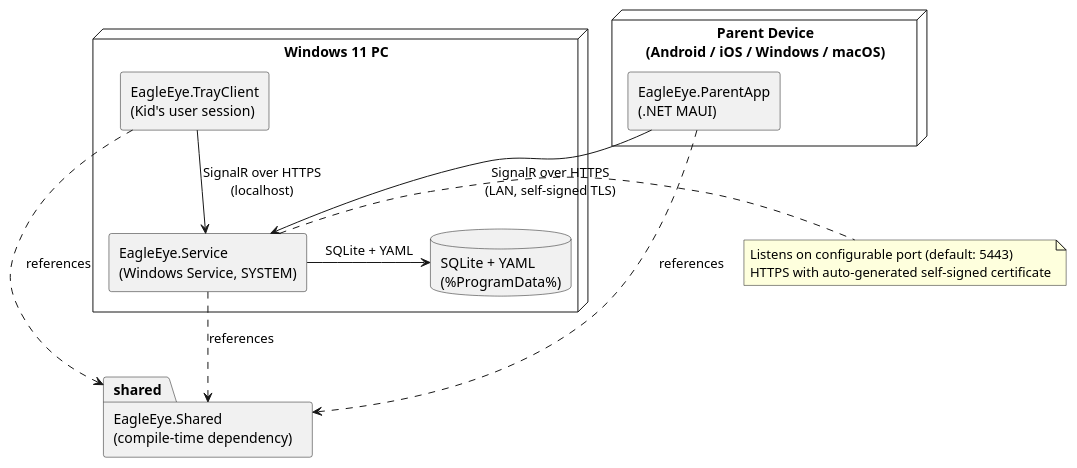
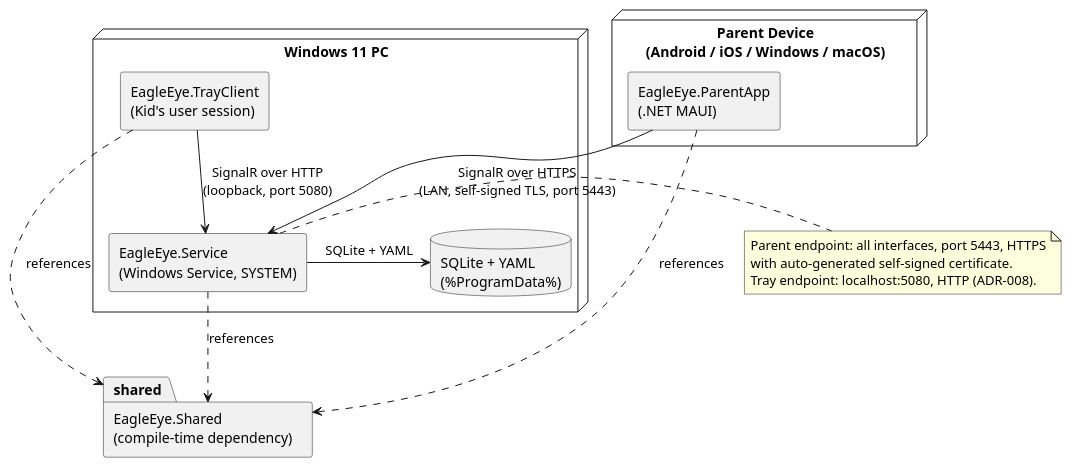
One commit to adlemich/EagleEye changed the second of 14 diagrams in 02_Implementation/docs/architecture/arc42/system-architecture.md. Above: the diagram before and after it, drawn with PlantUML. The commit also changed other lines of this file and 4 other files, not shown here.

Commit message:
US-002: ARC post-approval architecture doc updates (arc42, ADR-007, guidelines)

````diff
--- a/02_Implementation/docs/architecture/arc42/system-architecture.md
+++ b/02_Implementation/docs/architecture/arc42/system-architecture.md
@@ -138,30 +140,31 @@
 ```plantuml
 @startuml EagleEye Technical Context
 skinparam componentStyle rectangle
 
 node "Windows 11 PC" as winbox {
   component "EagleEye.Service\n(Windows Service, SYSTEM)" as svc
   component "EagleEye.TrayClient\n(Kid's user session)" as tray
   database "SQLite + YAML\n(%ProgramData%)" as store
 }
 
 node "Parent Device\n(Android / iOS / Windows / macOS)" as parentdev {
   component "EagleEye.ParentApp\n(.NET MAUI)" as app
 }
 
 package "EagleEye.Shared\n(compile-time dependency)" as shared {
 }
 
-app -down-> svc : SignalR over HTTPS\n(LAN, self-signed TLS)
-tray -down-> svc : SignalR over HTTPS\n(localhost)
+app -down-> svc : SignalR over HTTPS\n(LAN, self-signed TLS, port 5443)
+tray -down-> svc : SignalR over HTTP\n(loopback, port 5080)
 svc -right-> store : SQLite + YAML
 svc ..> shared : references
 app ..> shared : references
 tray ..> shared : references
 
 note right of svc
-  Listens on configurable port (default: 5443)
-  HTTPS with auto-generated self-signed certificate
+  Parent endpoint: all interfaces, port 5443, HTTPS
+  with auto-generated self-signed certificate.
+  Tray endpoint: localhost:5080, HTTP (ADR-008).
 end note
 @enduml
 ```
````
